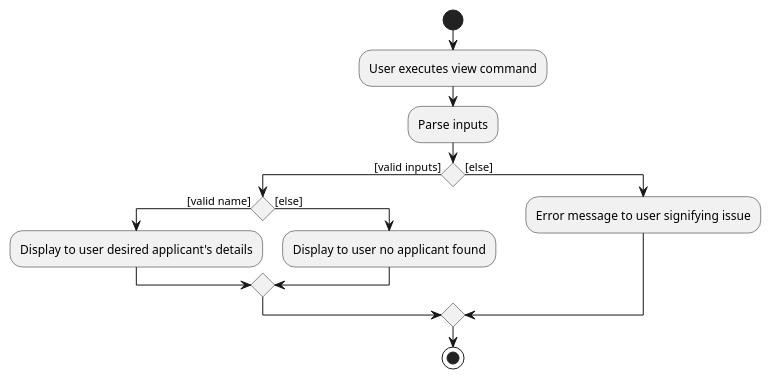
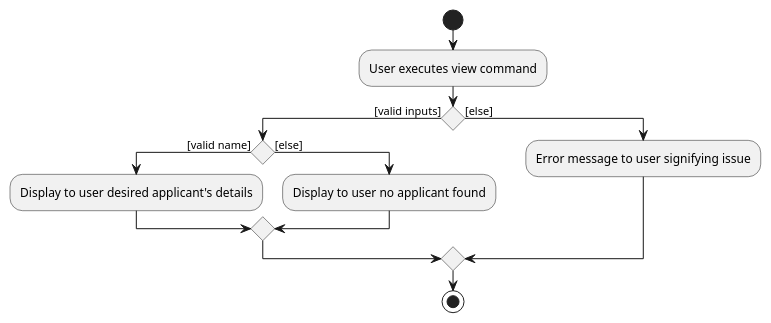
One commit to zzhikai/tp changed the diagram in docs/diagrams/ViewActivityDiagram.puml. Above: the diagram before and after it, drawn with PlantUML. The commit also changed 5 other files, not shown here.

```diff
--- a/docs/diagrams/ViewActivityDiagram.puml
+++ b/docs/diagrams/ViewActivityDiagram.puml
@@ -1,19 +1,18 @@
 @startuml
 'https://plantuml.com/activity-diagram-beta
 
 start
 :User executes view command;
-:Parse inputs;
 if () then ([valid inputs])
     if () then ([valid name])
     :Display to user desired applicant's details;
     else ([else])
     :Display to user no applicant found;
     endif
 else ([else])
 :Error message to user signifying issue;
 endif
 
 stop
 
 @enduml
```
